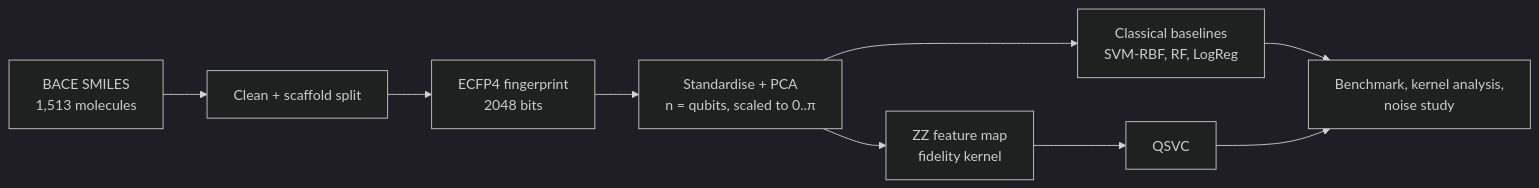
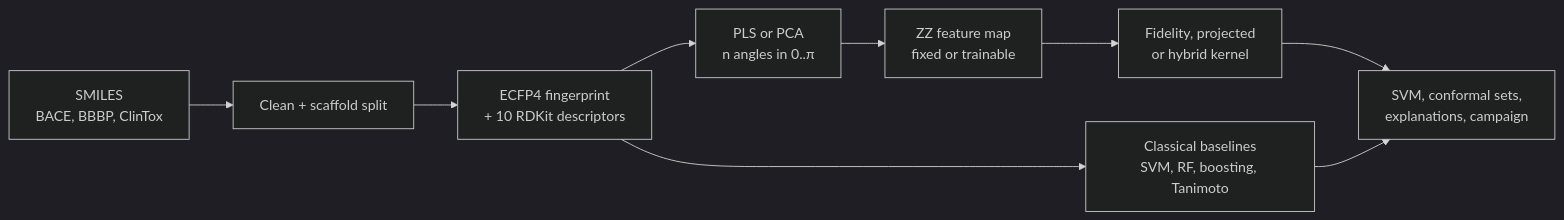
The diagram in README.md (shubhodeepcx/QuDock), drawn with Mermaid (dark theme) before and after one commit. The commit also changed other lines of this file and 8 other files, not shown here.

````diff
--- a/README.md
+++ b/README.md
@@ -134,11 +40,11 @@
 ```mermaid
 flowchart LR
-    A[BACE SMILES<br/>1,513 molecules] --> B[Clean + scaffold split]
-    B --> C[ECFP4 fingerprint<br/>2048 bits]
-    C --> D[Standardise + PCA<br/>n = qubits, scaled to 0..π]
-    D --> E[ZZ feature map<br/>fidelity kernel]
-    D --> F[Classical baselines<br/>SVM-RBF, RF, LogReg]
-    E --> G[QSVC]
-    F --> H[Benchmark, kernel analysis,<br/>noise study]
+    A[SMILES<br/>BACE, BBBP, ClinTox] --> B[Clean + scaffold split]
+    B --> C[ECFP4 fingerprint<br/>+ 10 RDKit descriptors]
+    C --> D[PLS or PCA<br/>n angles in 0..π]
+    D --> E[ZZ feature map<br/>fixed or trainable]
+    E --> F[Fidelity, projected<br/>or hybrid kernel]
+    C --> G[Classical baselines<br/>SVM, RF, boosting, Tanimoto]
+    F --> H[SVM, conformal sets,<br/>explanations, campaign]
     G --> H
 ```
````
